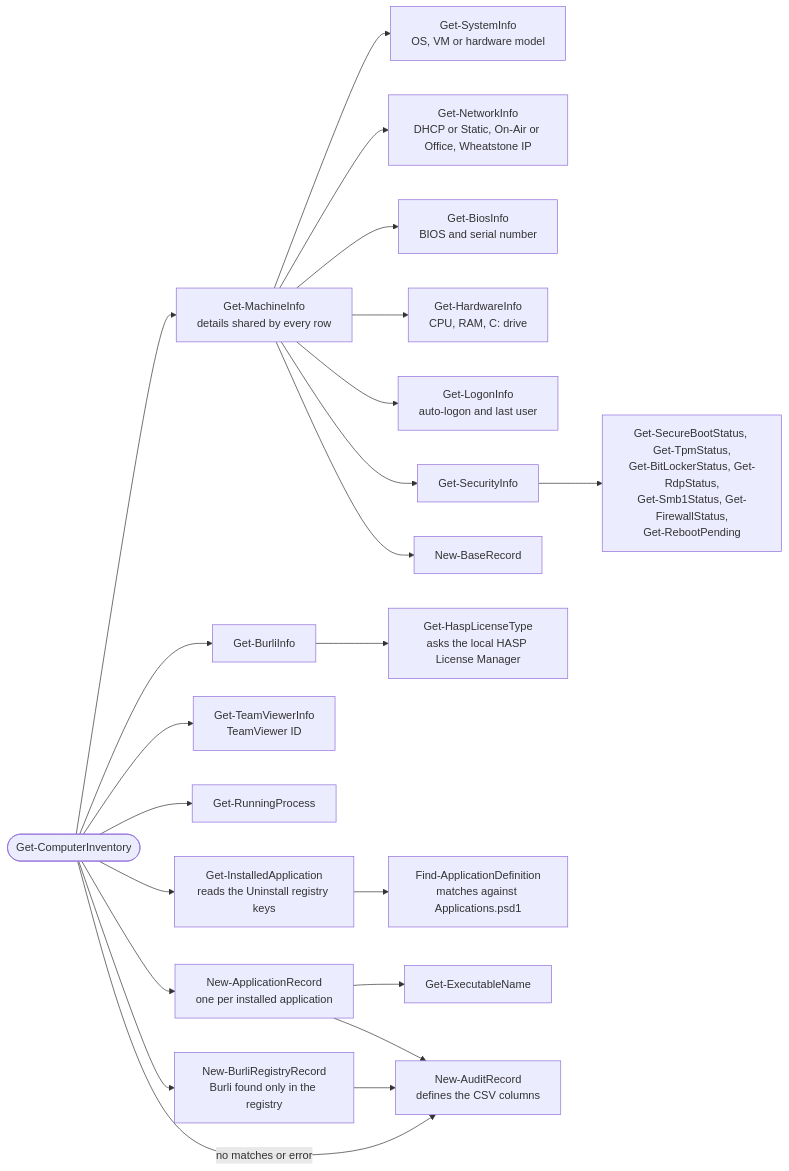
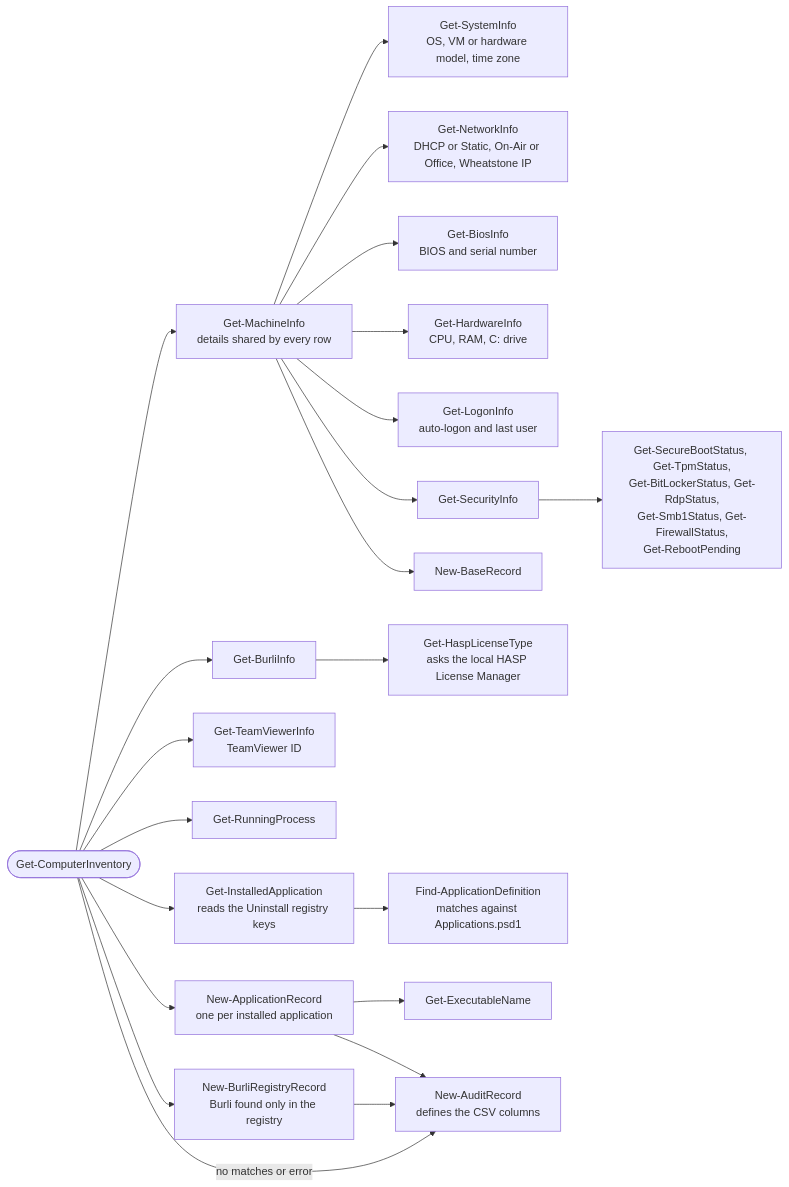
The second of 2 diagrams in README.md (Shawn-Nichol/PowerShell-Asset-Inventory), drawn with Mermaid before and after one commit. The commit also changed other lines of this file and 4 other files, not shown here.

First line of the commit message:
Add Time Zone column

````diff
--- a/README.md
+++ b/README.md
@@ -202,33 +203,33 @@
 ```mermaid
 flowchart LR
     Inv(["Get-ComputerInventory"])
 
     Inv --> Machine["Get-MachineInfo<br/>details shared by every row"]
-    Machine --> Sys["Get-SystemInfo<br/>OS, VM or hardware model"]
+    Machine --> Sys["Get-SystemInfo<br/>OS, VM or hardware model, time zone"]
     Machine --> NetInfo["Get-NetworkInfo<br/>DHCP or Static, On-Air or Office, Wheatstone IP"]
     Machine --> Bios["Get-BiosInfo<br/>BIOS and serial number"]
     Machine --> Hw["Get-HardwareInfo<br/>CPU, RAM, C: drive"]
     Machine --> Logon["Get-LogonInfo<br/>auto-logon and last user"]
     Machine --> Sec["Get-SecurityInfo"]
     Sec --> SecChecks["Get-SecureBootStatus, Get-TpmStatus,<br/>Get-BitLockerStatus, Get-RdpStatus,<br/>Get-Smb1Status, Get-FirewallStatus,<br/>Get-RebootPending"]
     Machine --> Base["New-BaseRecord"]
 
     Inv --> Burli["Get-BurliInfo"]
     Burli --> Hasp["Get-HaspLicenseType<br/>asks the local HASP License Manager"]
 
     Inv --> TV["Get-TeamViewerInfo<br/>TeamViewer ID"]
 
     Inv --> Proc["Get-RunningProcess"]
 
     Inv --> Installed["Get-InstalledApplication<br/>reads the Uninstall registry keys"]
     Installed --> Find["Find-ApplicationDefinition<br/>matches against Applications.psd1"]
 
     Inv --> AppRec["New-ApplicationRecord<br/>one per installed application"]
     AppRec --> Exe["Get-ExecutableName"]
     AppRec --> Audit["New-AuditRecord<br/>defines the CSV columns"]
 
     Inv --> BurliRec["New-BurliRegistryRecord<br/>Burli found only in the registry"]
     BurliRec --> Audit
 
     Inv -->|no matches or error| Audit
 ```
````
